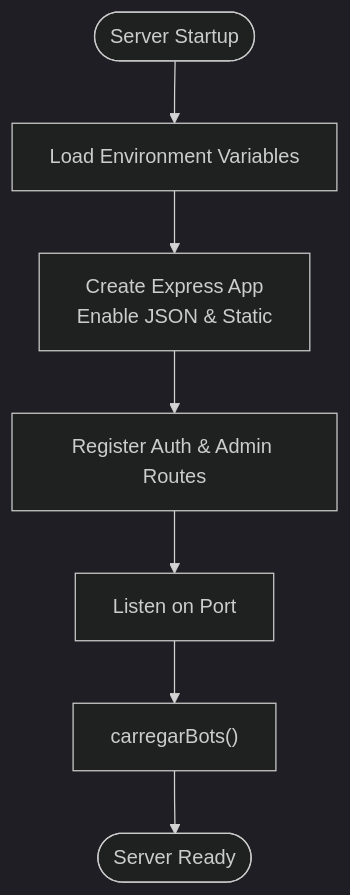
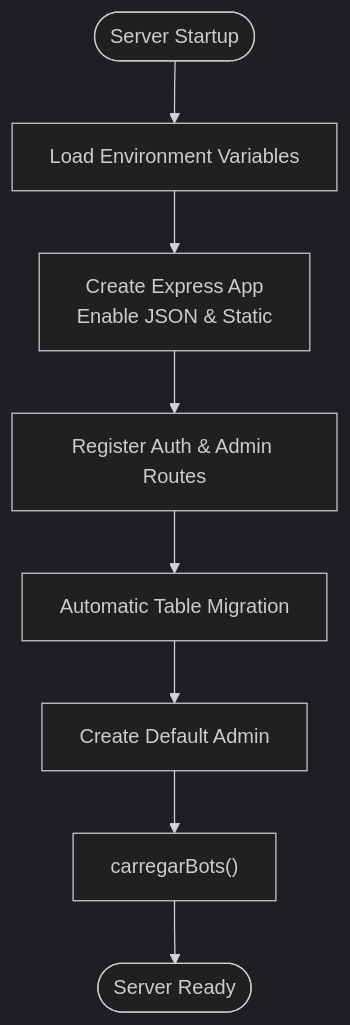
Before and after one commit to Alexandrexicara/bot-processos: the third of 9 diagrams in .qoder/repowiki/en/content/Architecture Overview/System Components.md, drawn with Mermaid (dark theme). The commit also changed other lines of this file and 10 other files, not shown here.

````diff
--- a/.qoder/repowiki/en/content/Architecture Overview/System Components.md
+++ b/.qoder/repowiki/en/content/Architecture Overview/System Components.md
@@ -344,9 +435,10 @@
 ```mermaid
 flowchart TD
 Start(["Server Startup"]) --> LoadEnv["Load Environment Variables"]
 LoadEnv --> CreateApp["Create Express App<br/>Enable JSON & Static"]
 CreateApp --> RegisterRoutes["Register Auth & Admin Routes"]
-RegisterRoutes --> StartServer["Listen on Port"]
-StartServer --> LoadBots["carregarBots()"]
+RegisterRoutes --> MigrateDB["Automatic Table Migration"]
+MigrateDB --> CreateAdmin["Create Default Admin"]
+CreateAdmin --> LoadBots["carregarBots()"]
 LoadBots --> Ready(["Server Ready"])
 ```
````
